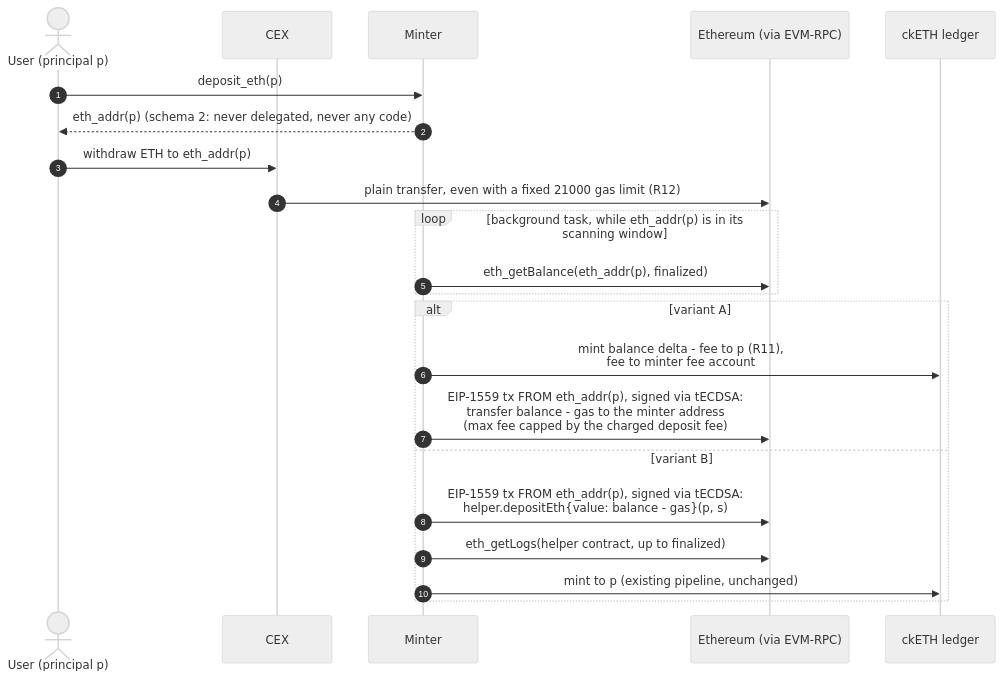
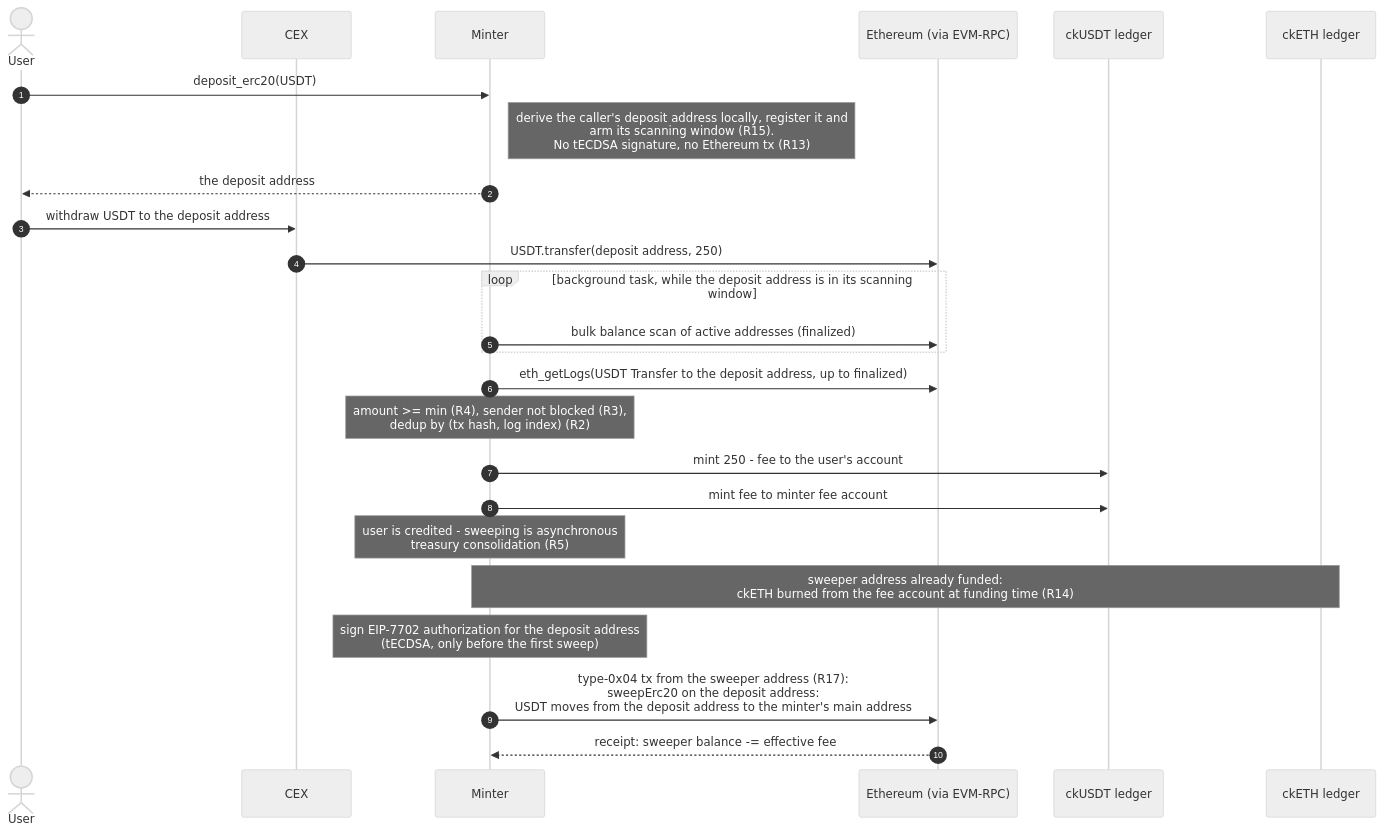
One commit to dfinity/ic changed the fifth of 5 diagrams in rs/ethereum/cketh/docs/deposit_from_cex.md. Above: the diagram before and after it, drawn with Mermaid (neutral theme). The commit also changed other lines of this file, not shown here.

First line of the commit message:
docs(cketh): rework deposit-from-CEX diagrams around minter addresses (#11313)

````diff
--- a/rs/ethereum/cketh/docs/deposit_from_cex.md
+++ b/rs/ethereum/cketh/docs/deposit_from_cex.md
@@ -293,25 +1582,28 @@
 ```mermaid
 sequenceDiagram
     autonumber
-    actor User as User (principal p)
+    actor User
     participant CEX
     participant Minter
     participant Eth as Ethereum (via EVM-RPC)
+    participant CkUsdtLedger as ckUSDT ledger
     participant CkEthLedger as ckETH ledger
 
-    User->>Minter: deposit_eth(p)
-    Minter-->>User: eth_addr(p) (schema 2: never delegated, never any code)
-    User->>CEX: withdraw ETH to eth_addr(p)
-    CEX->>Eth: plain transfer, even with a fixed 21000 gas limit (R12)
-    loop background task, while eth_addr(p) is in its scanning window
-        Minter->>Eth: eth_getBalance(eth_addr(p), finalized)
+    User->>Minter: deposit_erc20(USDT)
+    Note right of Minter: derive the caller's deposit address locally, register it and<br/>arm its scanning window (R15).<br/>No tECDSA signature, no Ethereum tx (R13)
+    Minter-->>User: the deposit address
+    User->>CEX: withdraw USDT to the deposit address
+    CEX->>Eth: USDT.transfer(deposit address, 250)
+    loop background task, while the deposit address is in its scanning window
+        Minter->>Eth: bulk balance scan of active addresses (finalized)
     end
-    alt variant A
-        Minter->>CkEthLedger: mint balance delta - fee to p (R11),<br/>fee to minter fee account
-        Minter->>Eth: EIP-1559 tx FROM eth_addr(p), signed via tECDSA:<br/>transfer balance - gas to the minter address<br/>(max fee capped by the charged deposit fee)
-    else variant B
-        Minter->>Eth: EIP-1559 tx FROM eth_addr(p), signed via tECDSA:<br/>helper.depositEth{value: balance - gas}(p, s)
-        Minter->>Eth: eth_getLogs(helper contract, up to finalized)
-        Minter->>CkEthLedger: mint to p (existing pipeline, unchanged)
-    end
+    Minter->>Eth: eth_getLogs(USDT Transfer to the deposit address, up to finalized)
+    Note over Minter: amount >= min (R4), sender not blocked (R3),<br/>dedup by (tx hash, log index) (R2)
+    Minter->>CkUsdtLedger: mint 250 - fee to the user's account
+    Minter->>CkUsdtLedger: mint fee to minter fee account
+    Note over Minter: user is credited - sweeping is asynchronous<br/>treasury consolidation (R5)
+    Note over Minter,CkEthLedger: sweeper address already funded:<br/>ckETH burned from the fee account at funding time (R14)
+    Note over Minter: sign EIP-7702 authorization for the deposit address<br/>(tECDSA, only before the first sweep)
+    Minter->>Eth: type-0x04 tx from the sweeper address (R17):<br/>sweepErc20 on the deposit address:<br/>USDT moves from the deposit address to the minter's main address
+    Eth-->>Minter: receipt: sweeper balance -= effective fee
 ```
````
